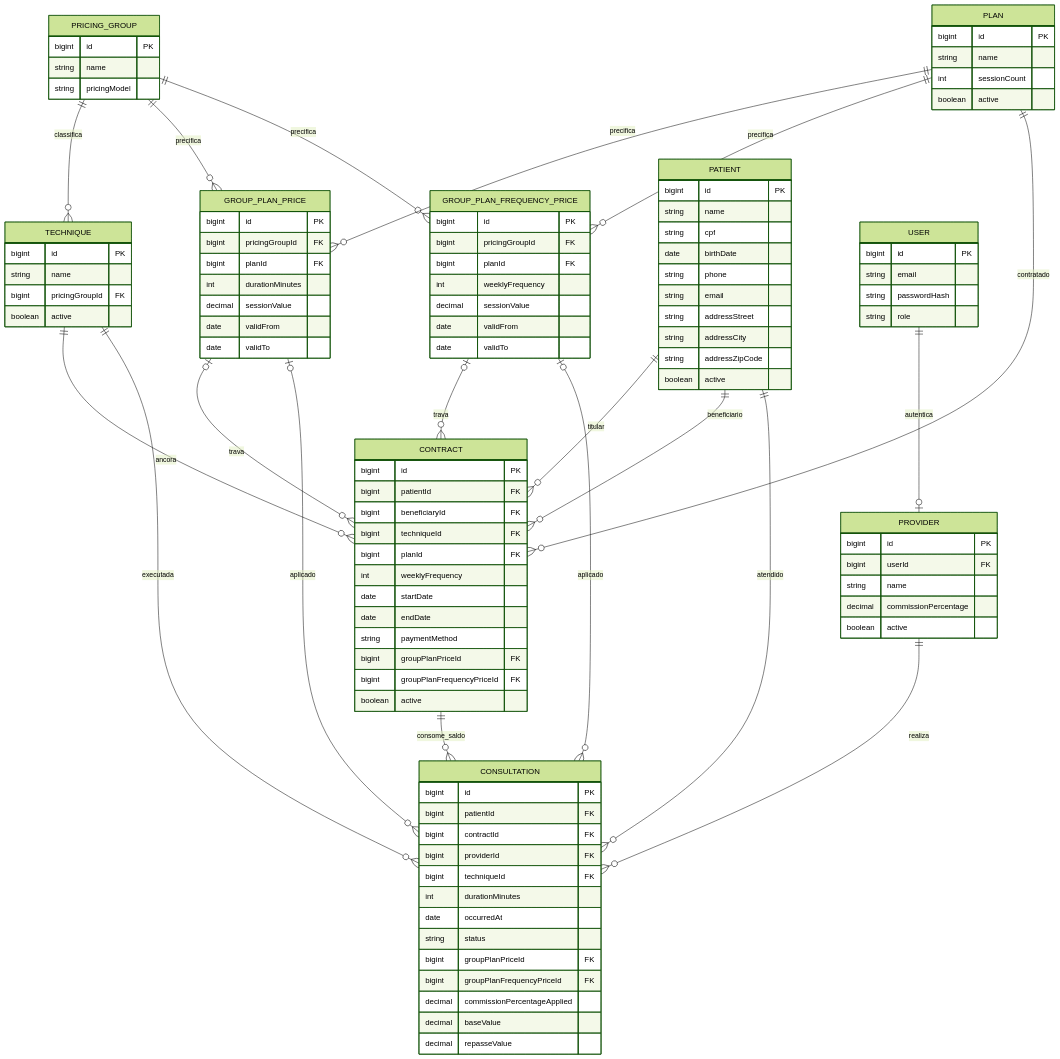
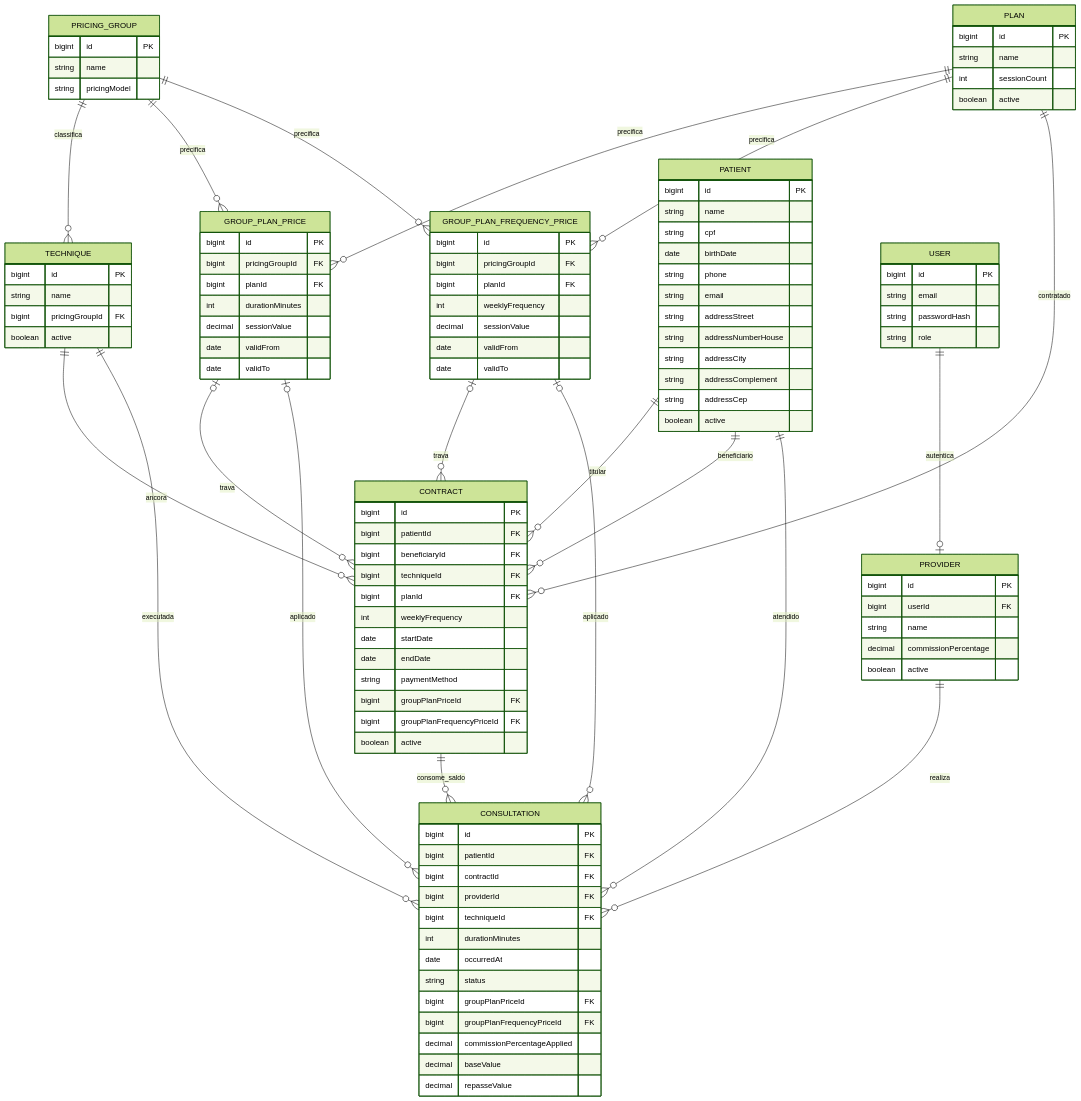
One commit to 1k2s/sublime-app changed the diagram in docs/domain-model.md. Above: the diagram before and after it, drawn with Mermaid (forest theme). The commit also changed other lines of this file and 3 other files, not shown here.

```diff
--- a/docs/domain-model.md
+++ b/docs/domain-model.md
@@ -36,8 +36,10 @@
     string phone
     string email
     string addressStreet
+    string addressNumberHouse
     string addressCity
-    string addressZipCode
+    string addressComplement
+    string addressCep
     boolean active
   }
 
```
